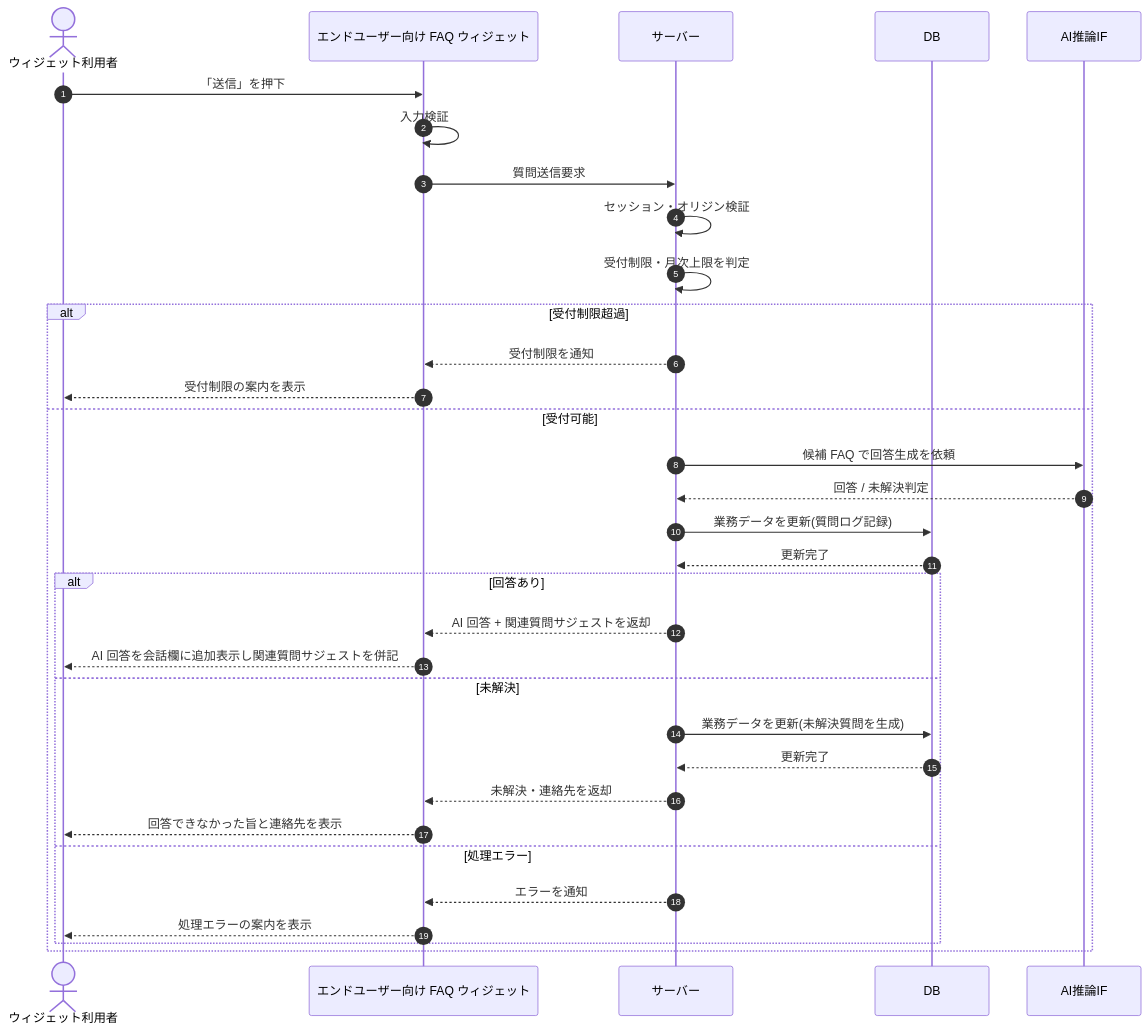
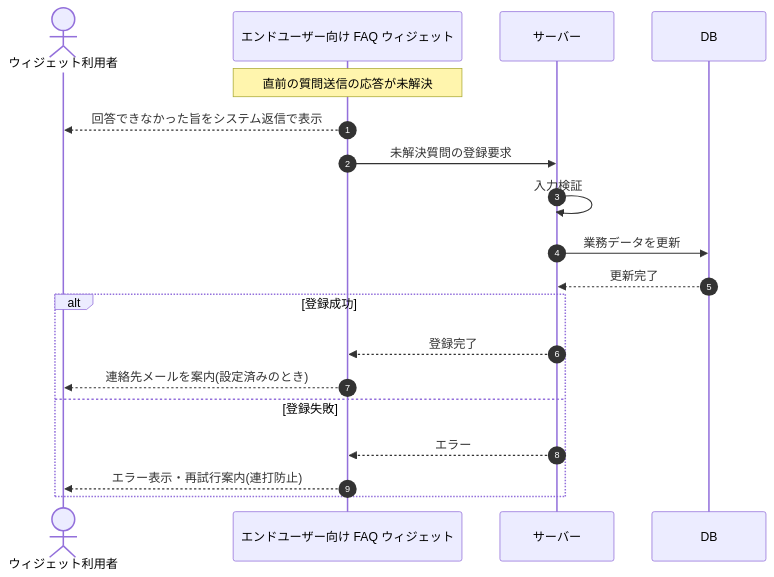
One commit to sikakou54/open-faq changed the diagram in 02_basic_design/03_sequences/SEQ-086.md. Above: the diagram before and after it, drawn with Mermaid. The commit also changed other lines of this file and 99 other files, not shown here.

````diff
--- a/02_basic_design/03_sequences/SEQ-086.md
+++ b/02_basic_design/03_sequences/SEQ-086.md
@@ -25,35 +25,21 @@
 ```mermaid
 sequenceDiagram
   autonumber
   actor U as ウィジェット利用者
   participant Screen as エンドユーザー向け FAQ ウィジェット
   participant Server as サーバー
   participant DB as DB
-  participant AI as AI推論IF
-  U->>Screen: 「送信」を押下
-  Screen->>Screen: 入力検証
-  Screen->>Server: 質問送信要求
-  Server->>Server: セッション・オリジン検証
-  Server->>Server: 受付制限・月次上限を判定
-  alt 受付制限超過
-    Server-->>Screen: 受付制限を通知
-    Screen-->>U: 受付制限の案内を表示
-  else 受付可能
-    Server->>AI: 候補 FAQ で回答生成を依頼
-    AI-->>Server: 回答 / 未解決判定
-    Server->>DB: 業務データを更新(質問ログ記録)
-    DB-->>Server: 更新完了
-    alt 回答あり
-      Server-->>Screen: AI 回答 + 関連質問サジェストを返却
-      Screen-->>U: AI 回答を会話欄に追加表示し関連質問サジェストを併記
-    else 未解決
-      Server->>DB: 業務データを更新(未解決質問を生成)
-      DB-->>Server: 更新完了
-      Server-->>Screen: 未解決・連絡先を返却
-      Screen-->>U: 回答できなかった旨と連絡先を表示
-    else 処理エラー
-      Server-->>Screen: エラーを通知
-      Screen-->>U: 処理エラーの案内を表示
-    end
+  Note over Screen: 直前の質問送信の応答が未解決
+  Screen-->>U: 回答できなかった旨をシステム返信で表示
+  Screen->>Server: 未解決質問の登録要求
+  Server->>Server: 入力検証
+  Server->>DB: 業務データを更新
+  DB-->>Server: 更新完了
+  alt 登録成功
+    Server-->>Screen: 登録完了
+    Screen-->>U: 連絡先メールを案内(設定済みのとき)
+  else 登録失敗
+    Server-->>Screen: エラー
+    Screen-->>U: エラー表示・再試行案内(連打防止)
   end
 ```
````
